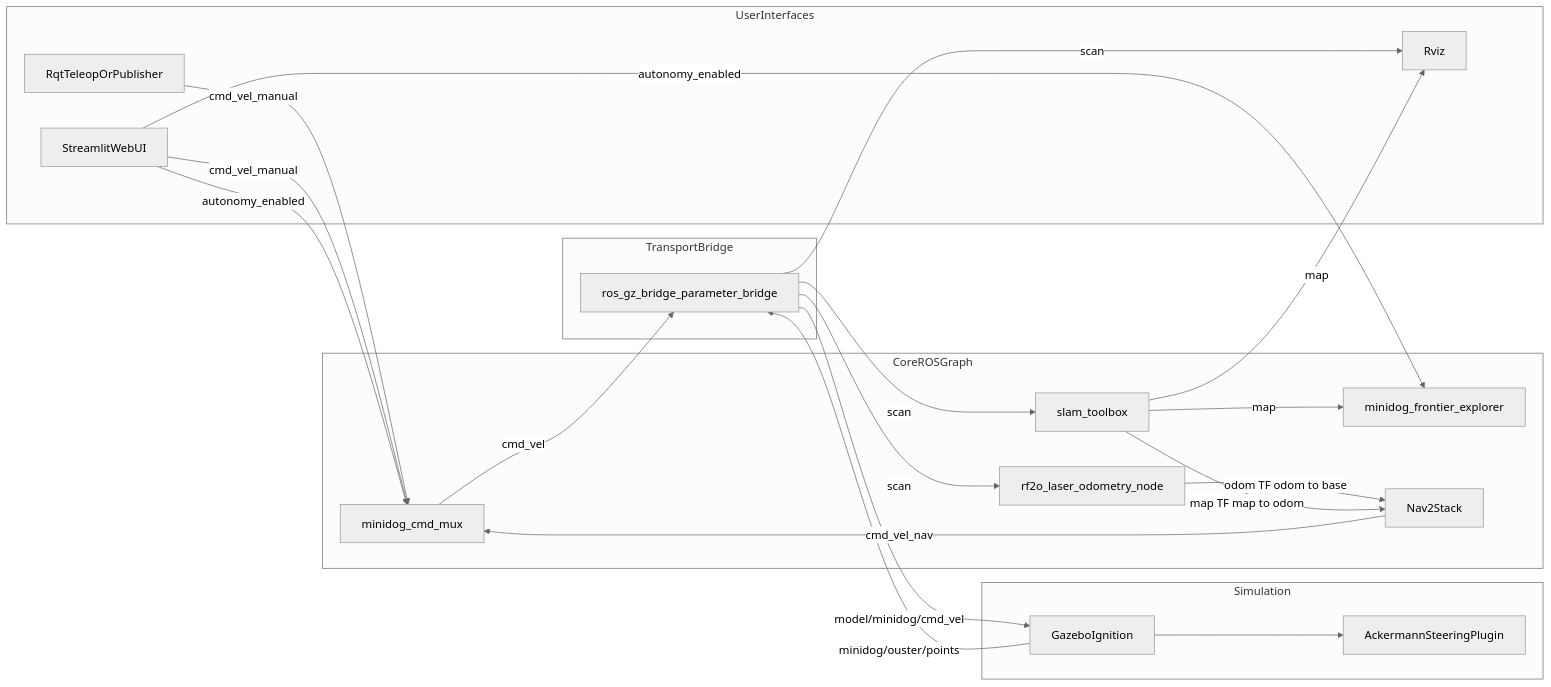
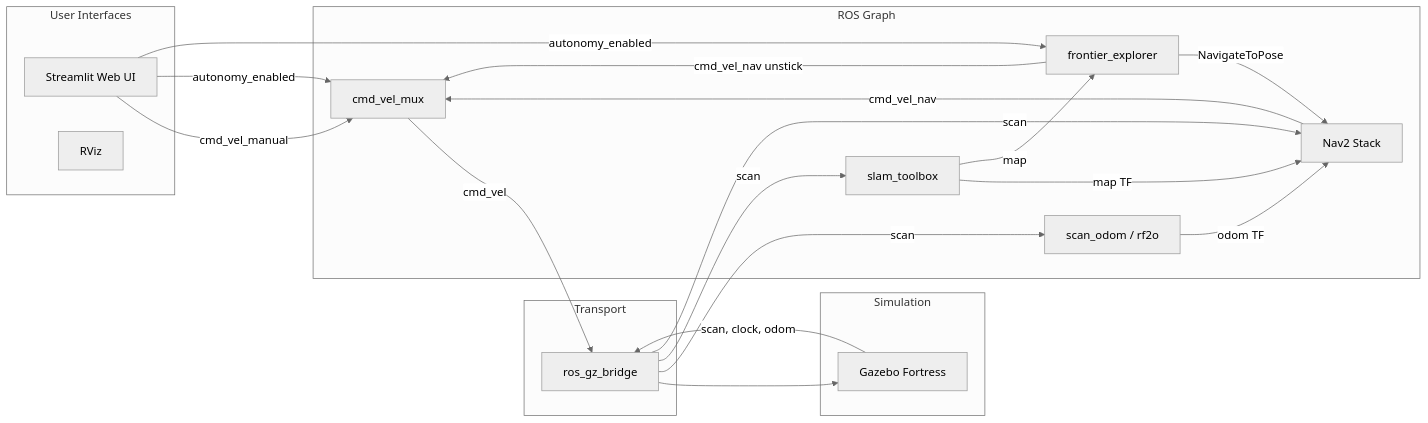
One commit to jakubjon/minimal_rosbot changed the diagram in ARCHITECTURE.md. Above: the diagram before and after it, drawn with Mermaid (neutral theme). The commit also changed other lines of this file and 27 other files, not shown here.

````diff
--- a/ARCHITECTURE.md
+++ b/ARCHITECTURE.md
@@ -96,46 +122,42 @@
 ```mermaid
 flowchart LR
-  subgraph user[UserInterfaces]
-    WebUI[StreamlitWebUI]
-    Rqt[RqtTeleopOrPublisher]
-    Rviz[Rviz]
+  subgraph user[User Interfaces]
+    WebUI[Streamlit Web UI]
+    Rviz[RViz]
   end
 
   subgraph sim[Simulation]
-    Gazebo[GazeboIgnition]
-    Ackermann[AckermannSteeringPlugin]
+    Gazebo[Gazebo Fortress]
   end
 
-  subgraph bridge[TransportBridge]
-    GzBridge[ros_gz_bridge_parameter_bridge]
+  subgraph bridge[Transport]
+    GzBridge[ros_gz_bridge]
   end
 
-  subgraph core[CoreROSGraph]
-    Mux[minidog_cmd_mux]
-    RF2O[rf2o_laser_odometry_node]
+  subgraph core[ROS Graph]
+    Mux[cmd_vel_mux]
+    Odom[scan_odom / rf2o]
     Slam[slam_toolbox]
-    Explorer[minidog_frontier_explorer]
-    Nav2[Nav2Stack]
+    Explorer[frontier_explorer]
+    Nav2[Nav2 Stack]
   end
 
-  Rqt -->|cmd_vel_manual| Mux
   WebUI -->|cmd_vel_manual| Mux
   WebUI -->|autonomy_enabled| Mux
   WebUI -->|autonomy_enabled| Explorer
 
   Nav2 -->|cmd_vel_nav| Mux
+  Explorer -->|NavigateToPose| Nav2
+  Explorer -->|cmd_vel_nav unstick| Mux
   Mux -->|cmd_vel| GzBridge
-  GzBridge -->|model/minidog/cmd_vel| Gazebo
-  Gazebo --> Ackermann
+  GzBridge --> Gazebo
 
-  Gazebo -->|minidog/ouster/points| GzBridge
-  GzBridge -->|scan| RF2O
+  Gazebo -->|scan, clock, odom| GzBridge
+  GzBridge -->|scan| Odom
   GzBridge -->|scan| Slam
+  GzBridge -->|scan| Nav2
 
-  RF2O -->|odom TF odom to base| Nav2
-  Slam -->|map TF map to odom| Nav2
+  Odom -->|odom TF| Nav2
+  Slam -->|map TF| Nav2
   Slam -->|map| Explorer
-
-  Slam -->|map| Rviz
-  GzBridge -->|scan| Rviz
-  ```
+```
````
